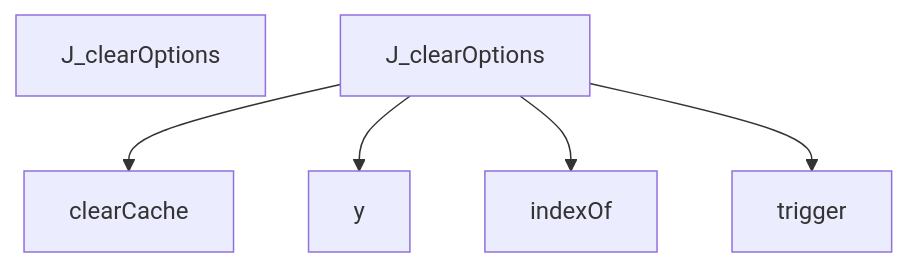
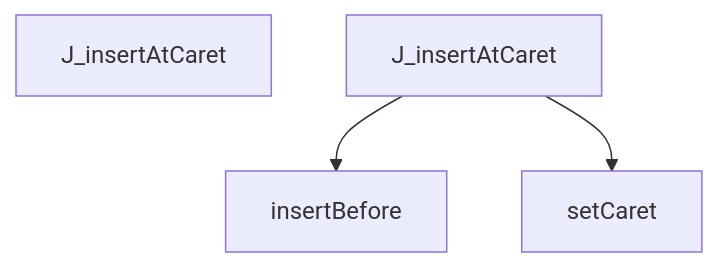
Diagram 20 of 28 in docs/DATA_FLOW.md (hazalkoom/DECODEx01), drawn with Mermaid before and after one commit. The commit also changed other lines of this file and 6 other files, not shown here.

Commit message:
feat: NLG heuristic improvements - stricter schema matching, python decorator parsing, utility path pruning

````diff
--- a/docs/DATA_FLOW.md
+++ b/docs/DATA_FLOW.md
@@ -651,21 +739,13 @@
 ```mermaid
 graph TD
-    Start[J_clearOptions]
+    Start[J_insertAtCaret]
 
 
-    J_clearOptions --> clearCache
+    J_insertAtCaret --> insertBefore
 
 
 
-    J_clearOptions --> y
-
-
-
-    J_clearOptions --> indexOf
-
-
-
-    J_clearOptions --> trigger
+    J_insertAtCaret --> setCaret
 
 
 ```
````
